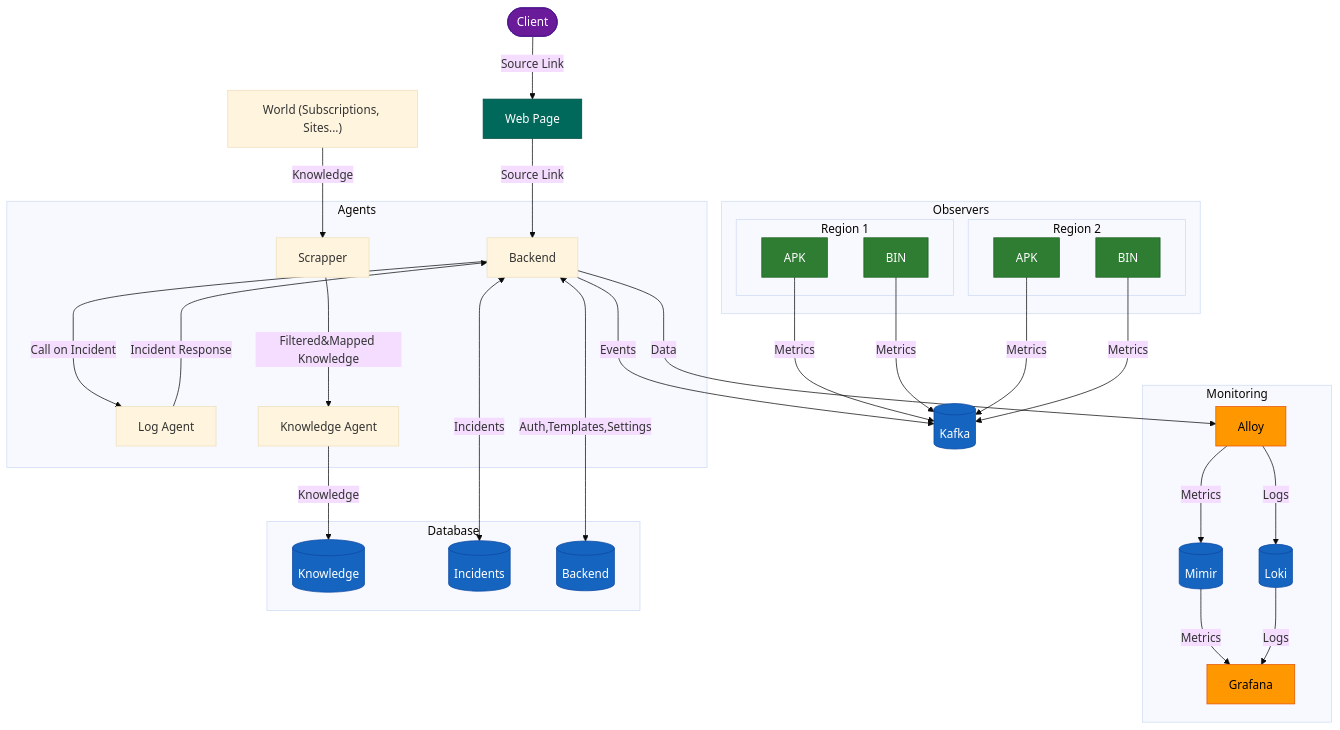
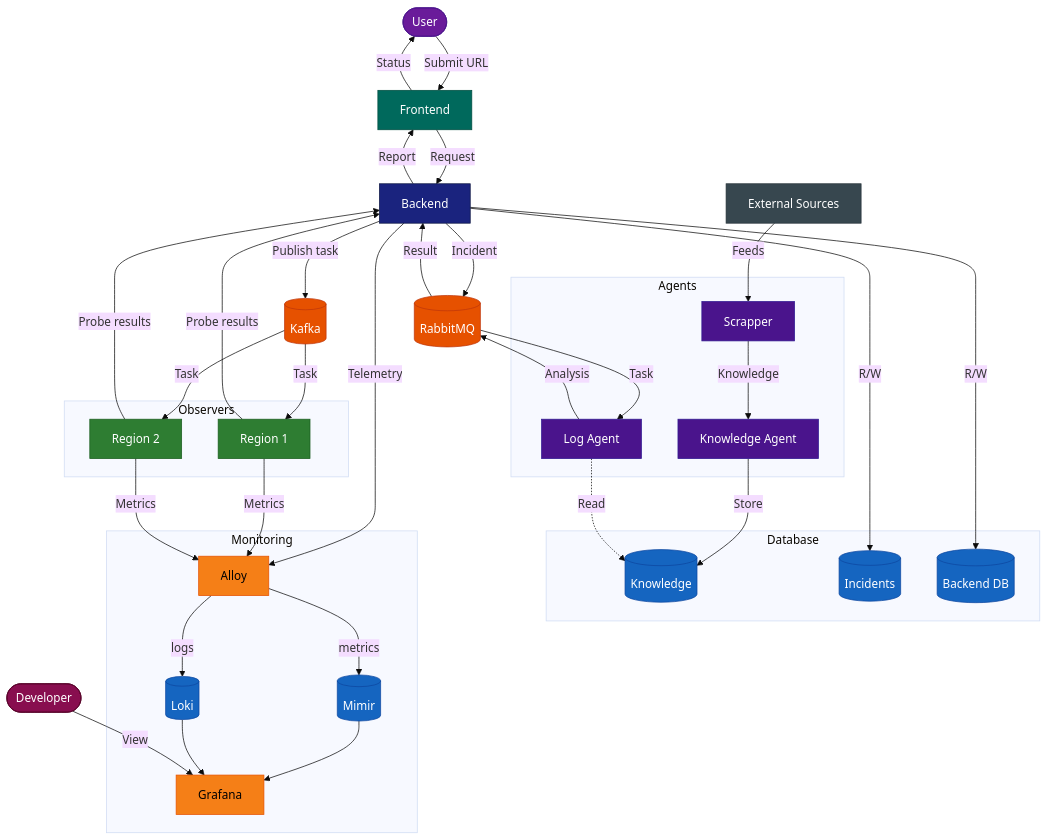
One commit to RCAgen1/RCAgent changed the diagram in README.md. Above: the diagram before and after it, drawn with Mermaid (base theme). The commit also changed other lines of this file and 1 other file, not shown here.

Commit message:
docs: add RU version of README

````diff
--- a/README.md
+++ b/README.md
@@ -5,76 +9,87 @@
 ```mermaid
 flowchart TB
-    C([Client])
-
-    W[Web Page]
-
+    C([User])
+    W[Frontend]
     B[Backend]
     K[(Kafka)]
+    RMQ[(RabbitMQ)]
+    WO[External Sources]
+    DEV([Developer])
 
-    W -->|Source Link| B
-
-
-    subgraph MNT["Monitoring"]
-        A[Alloy]
-        M[(Mimir)]
-        L[(Loki)]
-        G[Grafana]
-    
-        A -->|Metrics| M
-        A -->|Logs| L
-        M -->|Metrics| G
-        L -->|Logs| G
-    end
-    B -->|Data| A
-    B -->|Events| K
-    C -->|Source Link| W
-
-    subgraph OBS["Observers"]
-        subgraph R1["Region 1"]
-            A1[APK]
-            B1[BIN]
-        end
-        subgraph R2["Region 2"]
-            A2[APK]
-            B2[BIN]
-        end
-
+    subgraph OBS[Observers]
+        R1[Region 1]
+        R2[Region 2]
     end
 
-    subgraph AGN["Agents"]
-        S[Scrapper]
+    subgraph AGN[Agents]
         LA[Log Agent]
         KA[Knowledge Agent]
-
-        LA -->|Incident Response| B
-        B -->| Call on Incident| LA
+        S[Scrapper]
     end
 
-    WO["World (Subscriptions, Sites...)"]
-    WO -->|Knowledge| S
-    S -->|Filtered&Mapped Knowledge| KA
-
-    subgraph DB["Database"]
+    subgraph DB[Database]
         KD[(Knowledge)]
-        ID[("Incidents")]
-        BD[(Backend)]
-
-        B <-->|Auth,Templates,Settings| BD
-        B <-->|Incidents| ID
-        KA -->|Knowledge| KD
+        ID[(Incidents)]
+        BD[(Backend DB)]
     end
 
-    A1 & B1 & A2 & B2 -->|Metrics| K
+    subgraph MON[Monitoring]
+        AL[Alloy]
+        MI[(Mimir)]
+        LO[(Loki)]
+        GR[Grafana]
+        AL -->|metrics| MI
+        AL -->|logs| LO
+        MI --> GR
+        LO --> GR
+    end
 
-    classDef monitoring fill:#ff9800,stroke:#e65100,color:#000
-    classDef storage  fill:#1565c0,stroke:#0d47a1,color:#fff
-    classDef observer fill:#2e7d32,stroke:#1b5e20,color:#fff
-    classDef client   fill:#6a1b9a,stroke:#4a148c,color:#fff
-    classDef frontend fill:#00695c,stroke:#004d40,color:#fff
+    C -->|Submit URL| W
+    W -->|Request| B
+    B -->|Publish task| K
+    K -->|Task| R1
+    K -->|Task| R2
+    R1 -->|Probe results| B
+    R2 -->|Probe results| B
+    B -->|Incident| RMQ
+    RMQ -->|Task| LA
+    LA -->|Analysis| RMQ
+    RMQ -->|Result| B
+    B -->|Report| W
+    W -->|Status| C
 
-    class A,G monitoring
-    class M,L,K,KD,ID,BD storage
-    class A1,B1,A2,B2 observer
+    WO -->|Feeds| S
+    S -->|Knowledge| KA
+    KA -->|Store| KD
+    LA -.->|Read| KD
+
+    B -->|R/W| BD
+    B -->|R/W| ID
+
+    B -->|Telemetry| AL
+    R1 -->|Metrics| AL
+    R2 -->|Metrics| AL
+    DEV -->|View| GR
+
+    classDef client     fill:#6a1b9a,stroke:#4a148c,color:#fff
+    classDef frontend   fill:#00695c,stroke:#004d40,color:#fff
+    classDef backend    fill:#1a237e,stroke:#0d1642,color:#fff
+    classDef broker     fill:#e65100,stroke:#bf360c,color:#fff
+    classDef monitoring fill:#f57f17,stroke:#e65100,color:#000
+    classDef storage    fill:#1565c0,stroke:#0d47a1,color:#fff
+    classDef observer   fill:#2e7d32,stroke:#1b5e20,color:#fff
+    classDef agent      fill:#4a148c,stroke:#311b92,color:#fff
+    classDef external   fill:#37474f,stroke:#263238,color:#fff
+    classDef dev        fill:#880e4f,stroke:#560027,color:#fff
+
     class C client
     class W frontend
+    class B backend
+    class K,RMQ broker
+    class AL,GR monitoring
+    class MI,LO,KD,ID,BD storage
+    class R1,R2 observer
+    class S,LA,KA agent
+    class WO external
+    class DEV dev
 ```
````
